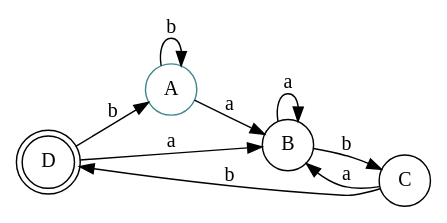
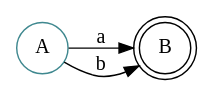
One commit to josepablito16/Regex-Engine changed the diagram in Entrega final/DFA_Directo_Actual.gv. Above: the diagram before and after it, drawn with Graphviz. The commit also changed 6 other files, not shown here.

```diff
--- a/Entrega final/DFA_Directo_Actual.gv
+++ b/Entrega final/DFA_Directo_Actual.gv
@@ -1,15 +1,9 @@
 digraph finite_state_machine {
 	rankdir=LR size="8,5"
 	node [shape=doublecircle]
-	D
+	B
 	node [shape=circle]
 	A [color="#3F888F"]
 	A -> B [label=a]
-	A -> A [label=b]
-	B -> B [label=a]
-	B -> C [label=b]
-	C -> B [label=a]
-	C -> D [label=b]
-	D -> B [label=a]
-	D -> A [label=b]
+	A -> B [label=b]
 }
```
